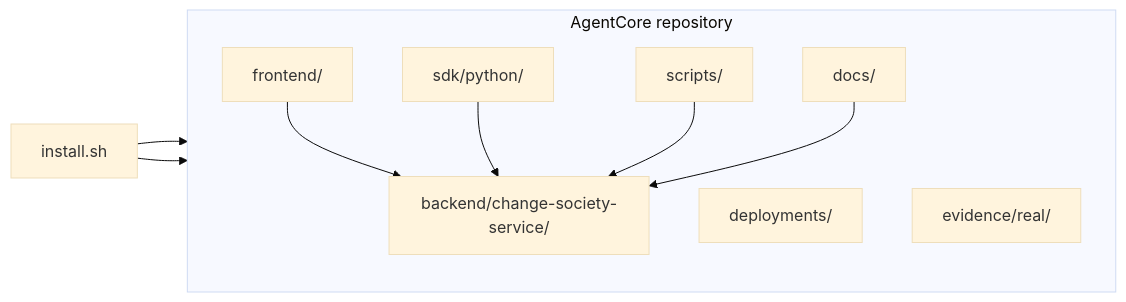
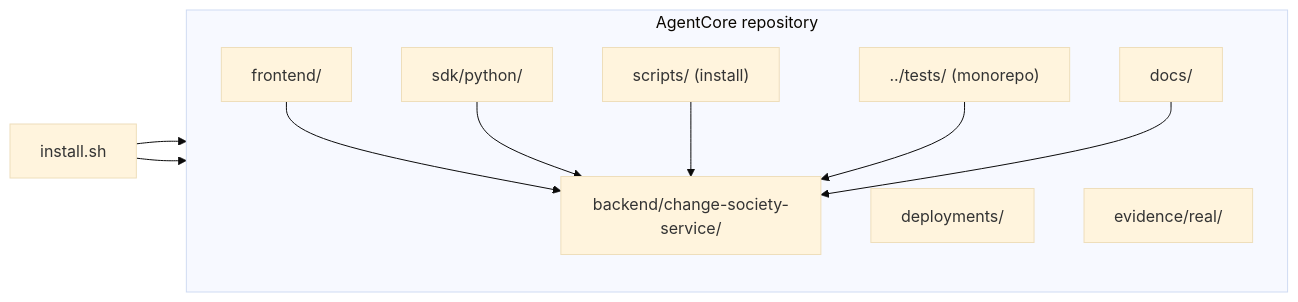
One commit to Sepideh-Asadollahi/AgentCore-Hackathon changed the first of 2 diagrams in README.md. Above: the diagram before and after it, drawn with Mermaid (base theme). The commit also changed other lines of this file and 60 other files, not shown here.

````diff
--- a/README.md
+++ b/README.md
@@ -79,20 +79,22 @@
 ```mermaid
 flowchart LR
   subgraph pack["AgentCore repository"]
     direction TB
     docs["docs/"]
     be["backend/change-society-service/"]
     fe["frontend/"]
     sdk["sdk/python/"]
-    scripts["scripts/"]
+    scripts["scripts/ (install)"]
+    testsRef["../tests/ (monorepo)"]
     deploy["deployments/"]
     ev["evidence/real/"]
   end
 
   install["install.sh"] --> be
   install --> fe
   fe --> be
   sdk --> be
   scripts --> be
+  testsRef --> be
   docs --> be
 ```
````
